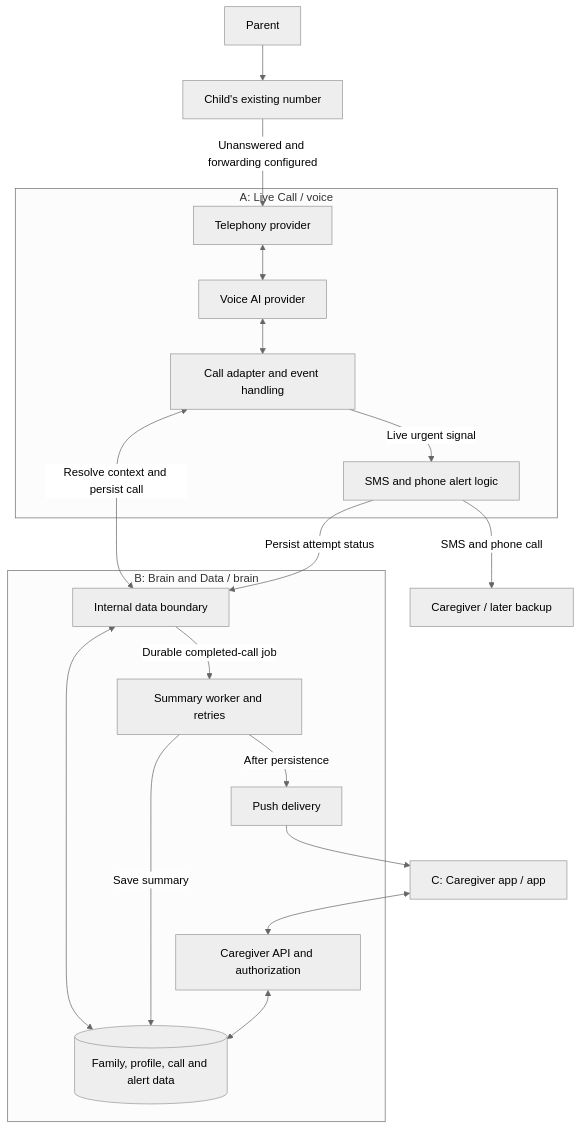
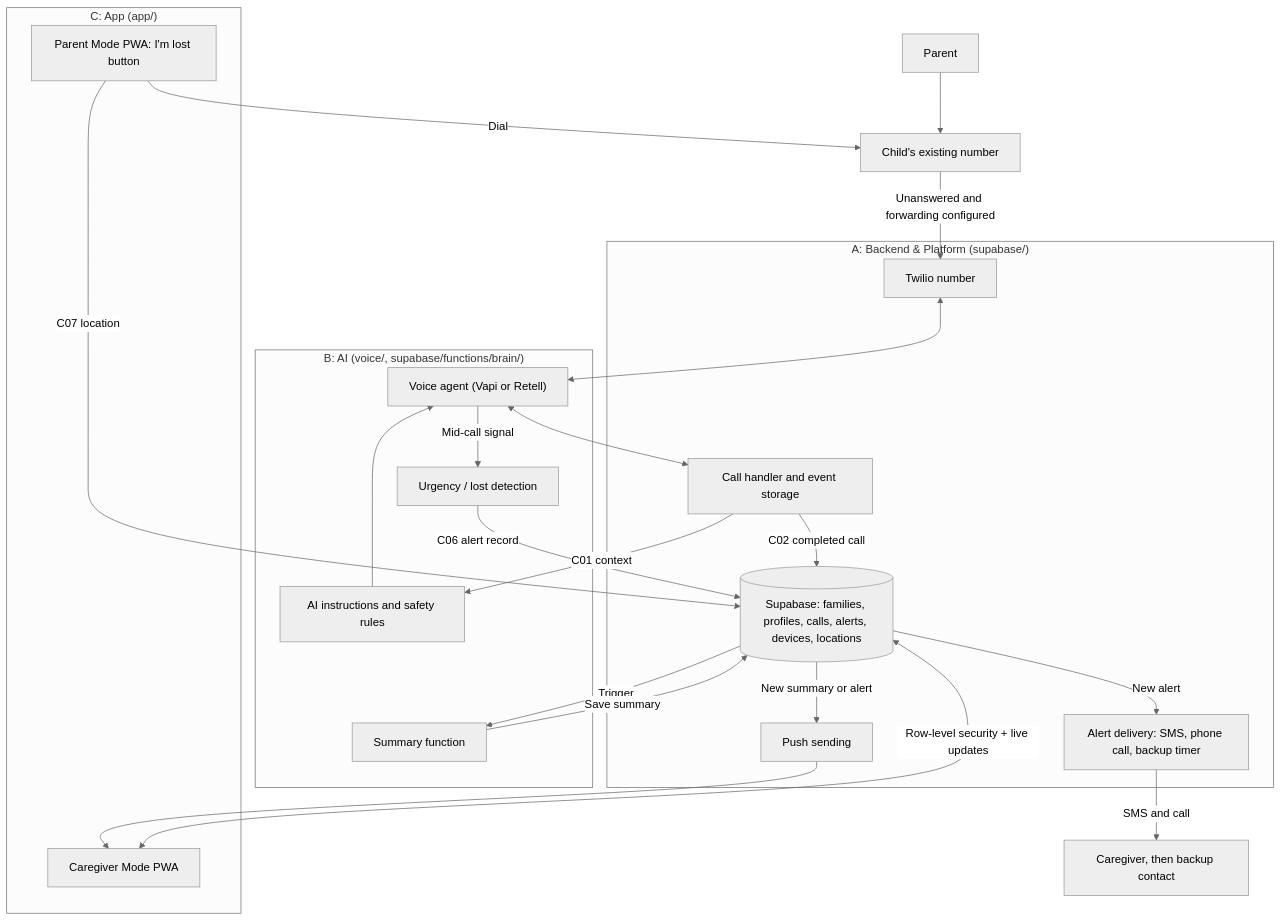
Before and after one commit to yoobinchang/neul-AI: the diagram in docs/architecture.md, drawn with Mermaid (neutral theme). The commit also changed other lines of this file and 14 other files, not shown here.

````diff
--- a/docs/architecture.md
+++ b/docs/architecture.md
@@ -7,22 +7,38 @@
 ```mermaid
 flowchart TB
     Parent["Parent"] --> Child["Child's existing number"]
     Child -->|Unanswered and forwarding configured| Phone
-    subgraph A["A: Live Call / voice"]
-        Phone["Telephony provider"] <--> Voice["Voice AI provider"]
-        Voice <--> Handler["Call adapter and event handling"]
-        Handler -->|Live urgent signal| Alert["SMS and phone alert logic"]
+    subgraph A["A: Backend & Platform (supabase/)"]
+        Phone["Twilio number"]
+        Handler["Call handler and event storage"]
+        DB[("Supabase: families, profiles, calls, alerts, devices, locations")]
+        Delivery["Alert delivery: SMS, phone call, backup timer"]
+        Push["Push sending"]
     end
-    subgraph B["B: Brain and Data / brain"]
-        Internal["Internal data boundary"] <--> DB[("Family, profile, call and alert data")]
-        Internal -->|Durable completed-call job| Worker["Summary worker and retries"]
-        Worker -->|Save summary| DB
-        Worker -->|After persistence| Push["Push delivery"]
-        API["Caregiver API and authorization"] <--> DB
+    subgraph B["B: AI (voice/, supabase/functions/brain/)"]
+        Voice["Voice agent (Vapi or Retell)"]
+        Instr["AI instructions and safety rules"]
+        Detect["Urgency / lost detection"]
+        Summary["Summary function"]
     end
-    Handler <-->|Resolve context and persist call| Internal
-    Alert -->|Persist attempt status| Internal
-    Alert -->|SMS and phone call| Family["Caregiver / later backup"]
-    App["C: Caregiver app / app"] <--> API
-    Push --> App
+    subgraph C["C: App (app/)"]
+        Caregiver["Caregiver Mode PWA"]
+        ParentMode["Parent Mode PWA: I'm lost button"]
+    end
+    Phone <--> Voice
+    Voice <--> Handler
+    Handler -->|C01 context| Instr
+    Instr --> Voice
+    Voice -->|Mid-call signal| Detect
+    Detect -->|C06 alert record| DB
+    DB -->|New alert| Delivery
+    Delivery -->|SMS and call| Family["Caregiver, then backup contact"]
+    Handler -->|C02 completed call| DB
+    DB -->|Trigger| Summary
+    Summary -->|Save summary| DB
+    DB -->|New summary or alert| Push
+    Push --> Caregiver
+    Caregiver <-->|Row-level security + live updates| DB
+    ParentMode -->|C07 location| DB
+    ParentMode -->|Dial| Child
 ```
````
